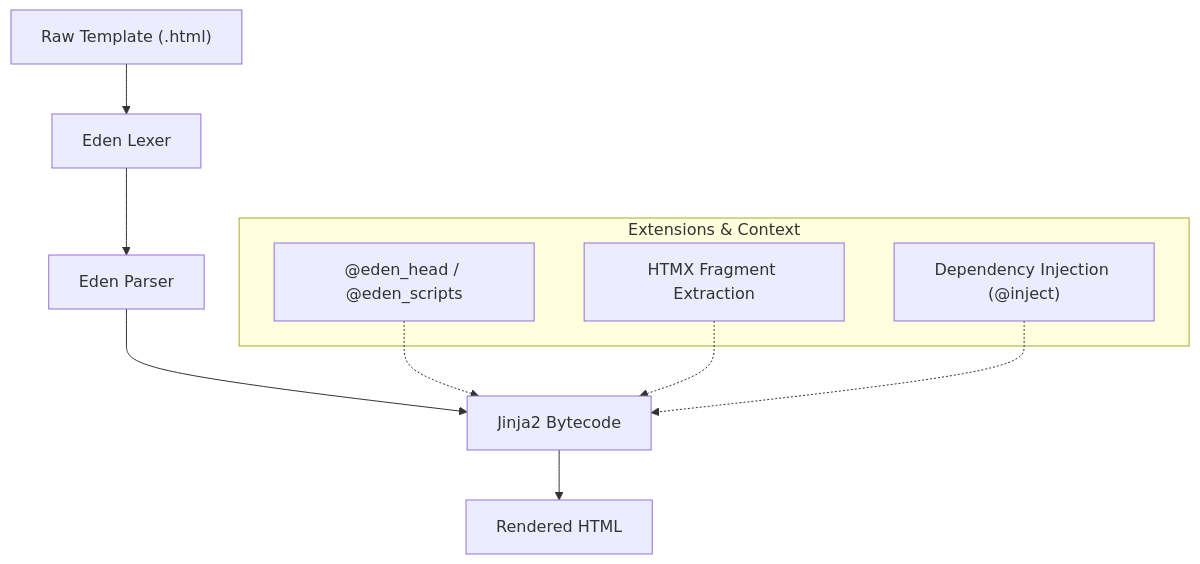
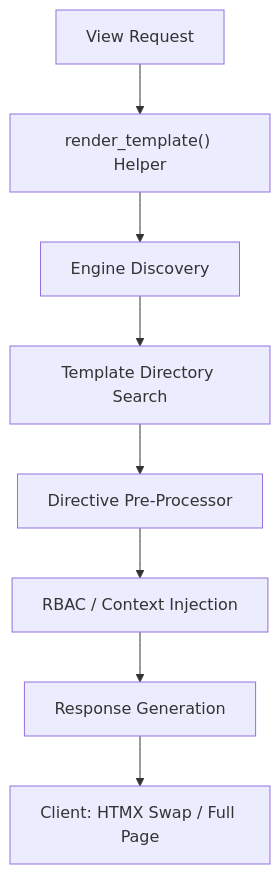
Before and after one commit to kwabenaberko25/eden: the first of 2 diagrams in docs/guides/templating.md, drawn with Mermaid. The commit also changed other lines of this file and 46 other files, not shown here.

````diff
--- a/docs/guides/templating.md
+++ b/docs/guides/templating.md
@@ -20,17 +13,10 @@
 ```mermaid
 graph TD
-    A["Raw Template (.html)"] --> B["Eden Lexer"]
-    B --> C["Eden Parser"]
-    C --> D["Jinja2 Bytecode"]
-    D --> E["Rendered HTML"]
-    
-    subgraph "Extensions & Context"
-        F["@eden_head / @eden_scripts"]
-        G["HTMX Fragment Extraction"]
-        H["Dependency Injection (@inject)"]
-    end
-    
-    F -.-> D
-    G -.-> D
-    H -.-> D
+    A["View Request"] --> B["render_template() Helper"]
+    B --> C["Engine Discovery"]
+    C --> D["Template Directory Search"]
+    D --> E["Directive Pre-Processor"]
+    E --> F["RBAC / Context Injection"]
+    F --> G["Response Generation"]
+    G --> H["Client: HTMX Swap / Full Page"]
 ```
````
